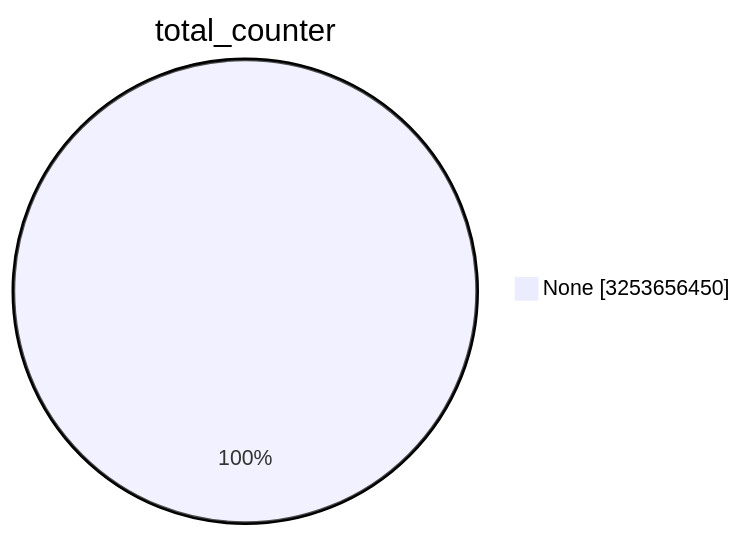
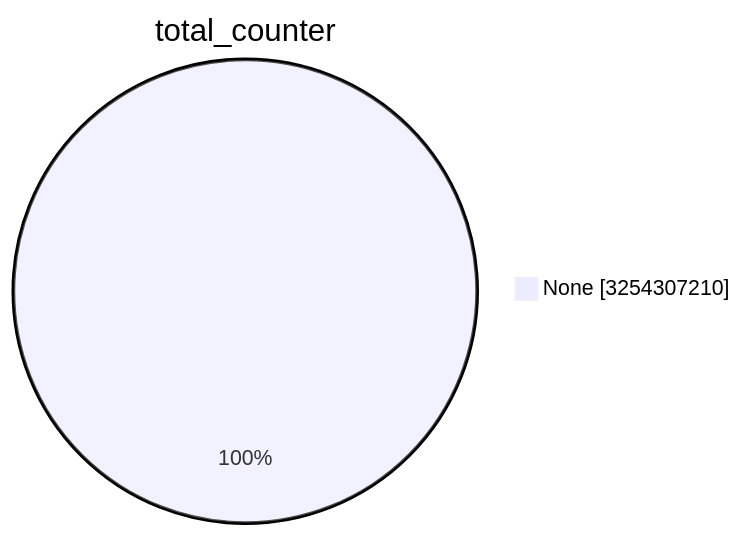
Before and after one commit to christiankrug/ctmonitor_visualization: the first of 15 diagrams in TOTAL/README.md, drawn with Mermaid. The commit also changed other lines of this file, not shown here.

````diff
--- a/TOTAL/README.md
+++ b/TOTAL/README.md
@@ -1,5 +1,5 @@
 ```mermaid
 pie showData
 title total_counter
-"None" :3253656450
+"None" :3254307210
 ```
````
